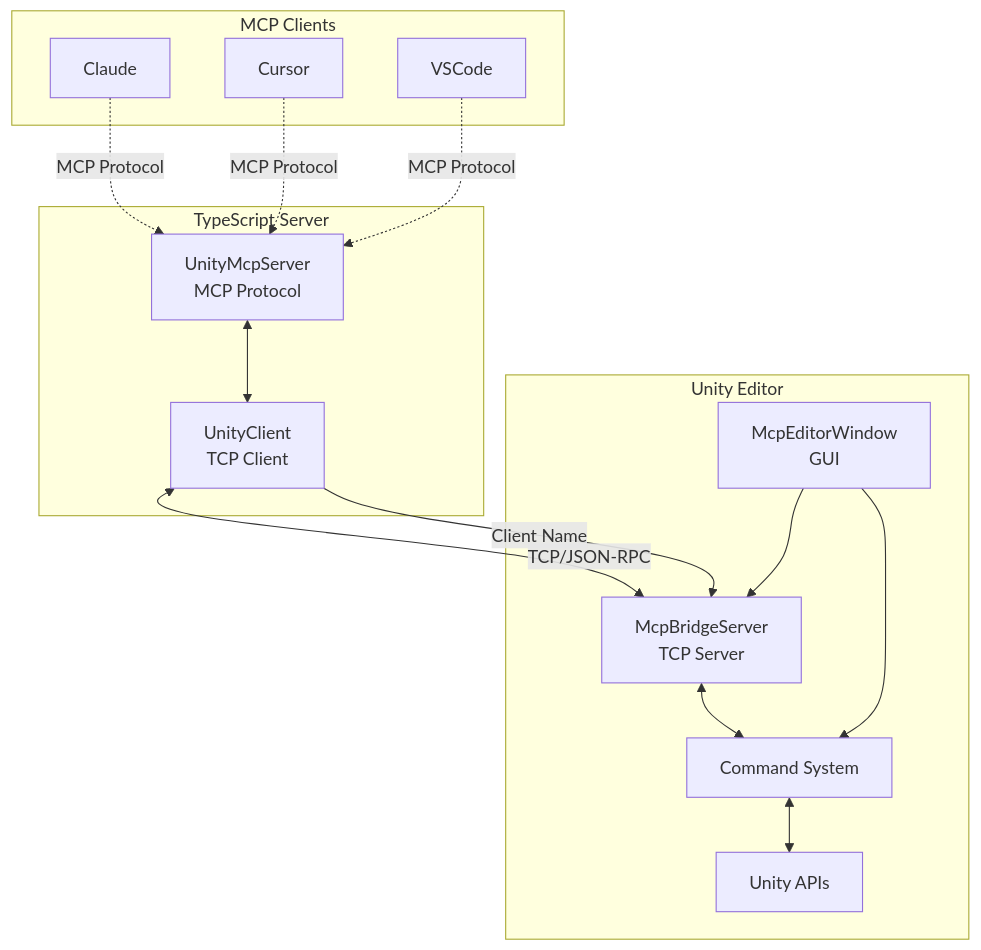
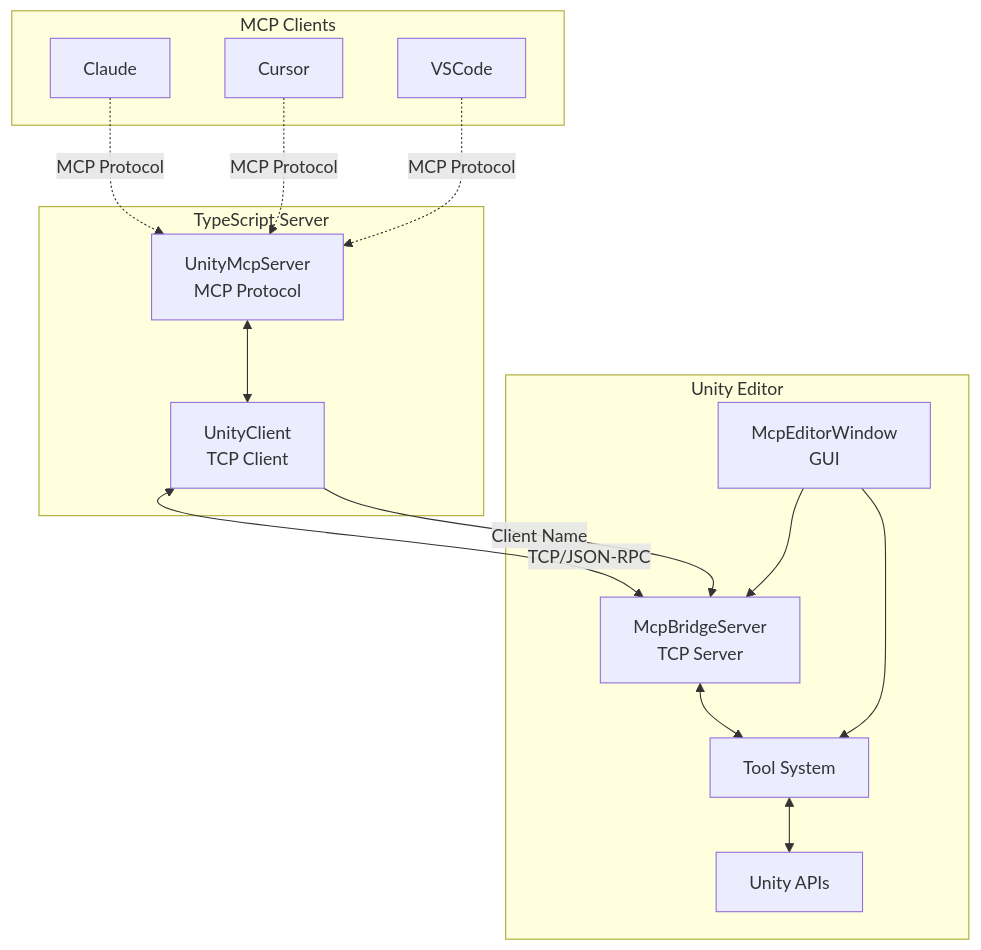
Before and after one commit to hatayama/uMCP: the first of 6 diagrams in Packages/src/Editor/ARCHITECTURE.md, drawn with Mermaid. The commit also changed other lines of this file and 296 other files, not shown here.

Commit message:
Rename Command to Tool and remove failing tests (#179)

````diff
--- a/Packages/src/Editor/ARCHITECTURE.md
+++ b/Packages/src/Editor/ARCHITECTURE.md
@@ -9,32 +9,32 @@
 ```mermaid
 graph TB
     subgraph "MCP Clients"
         Claude[Claude]
         Cursor[Cursor]
         VSCode[VSCode]
     end
     
     subgraph "TypeScript Server"
         MCP[UnityMcpServer<br/>MCP Protocol]
         UC[UnityClient<br/>TCP Client]
     end
     
     subgraph "Unity Editor"
         MB[McpBridgeServer<br/>TCP Server]
-        CMD[Command System]
+        CMD[Tool System]
         UI[McpEditorWindow<br/>GUI]
         API[Unity APIs]
     end
     
     Claude -.->|MCP Protocol| MCP
     Cursor -.->|MCP Protocol| MCP
     VSCode -.->|MCP Protocol| MCP
     
     MCP <--> UC
     UC <-->|TCP/JSON-RPC| MB
     UC -->|Client Name| MB
     MB <--> CMD
     CMD <--> API
     UI --> MB
     UI --> CMD
 ```
````
